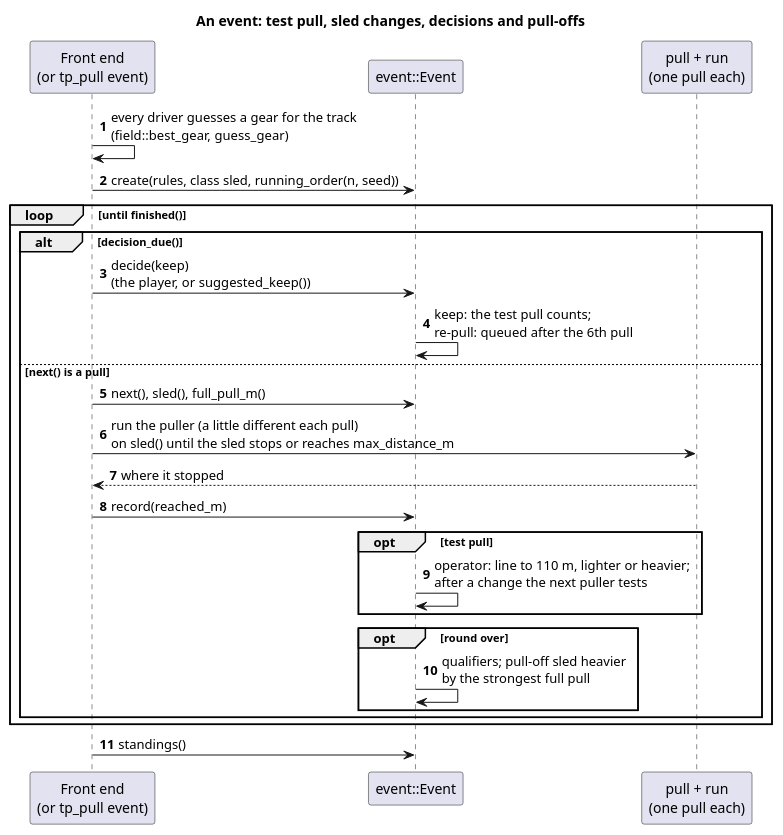
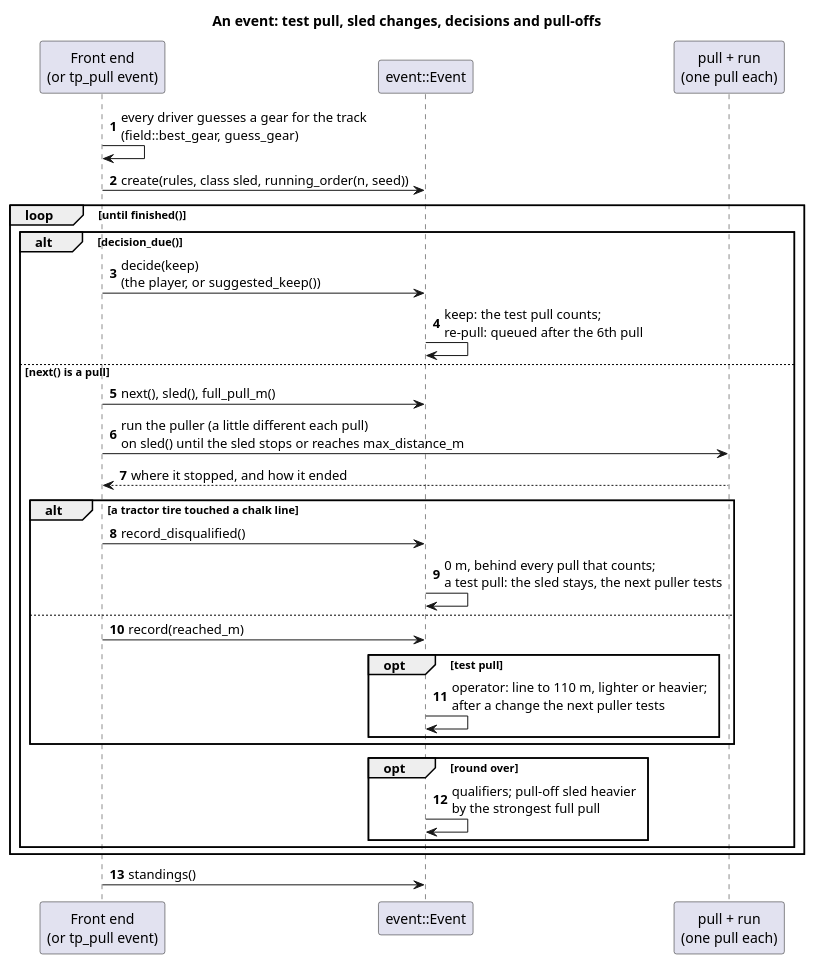
One commit to wversteeg/TractorPulling changed the diagram in docs/diagrams/event_sequence.puml. Above: the diagram before and after it, drawn with PlantUML. The commit also changed 20 other files, not shown here.

```diff
--- a/docs/diagrams/event_sequence.puml
+++ b/docs/diagrams/event_sequence.puml
@@ -1,28 +1,33 @@
 @startuml event_sequence
 title An event: test pull, sled changes, decisions and pull-offs
 autonumber
 participant "Front end\n(or tp_pull event)" as Caller
 participant "event::Event" as Event
 participant "pull + run\n(one pull each)" as Run
 
 Caller -> Caller : every driver guesses a gear for the track\n(field::best_gear, guess_gear)
 Caller -> Event : create(rules, class sled, running_order(n, seed))
 loop until finished()
   alt decision_due()
     Caller -> Event : decide(keep)\n(the player, or suggested_keep())
     Event -> Event : keep: the test pull counts;\nre-pull: queued after the 6th pull
   else next() is a pull
     Caller -> Event : next(), sled(), full_pull_m()
     Caller -> Run : run the puller (a little different each pull)\non sled() until the sled stops or reaches max_distance_m
-    Run --> Caller : where it stopped
-    Caller -> Event : record(reached_m)
-    opt test pull
-      Event -> Event : operator: line to 110 m, lighter or heavier;\nafter a change the next puller tests
+    Run --> Caller : where it stopped, and how it ended
+    alt a tractor tire touched a chalk line
+      Caller -> Event : record_disqualified()
+      Event -> Event : 0 m, behind every pull that counts;\na test pull: the sled stays, the next puller tests
+    else
+      Caller -> Event : record(reached_m)
+      opt test pull
+        Event -> Event : operator: line to 110 m, lighter or heavier;\nafter a change the next puller tests
+      end
     end
     opt round over
       Event -> Event : qualifiers; pull-off sled heavier\nby the strongest full pull
     end
   end
 end
 Caller -> Event : standings()
 @enduml
```
